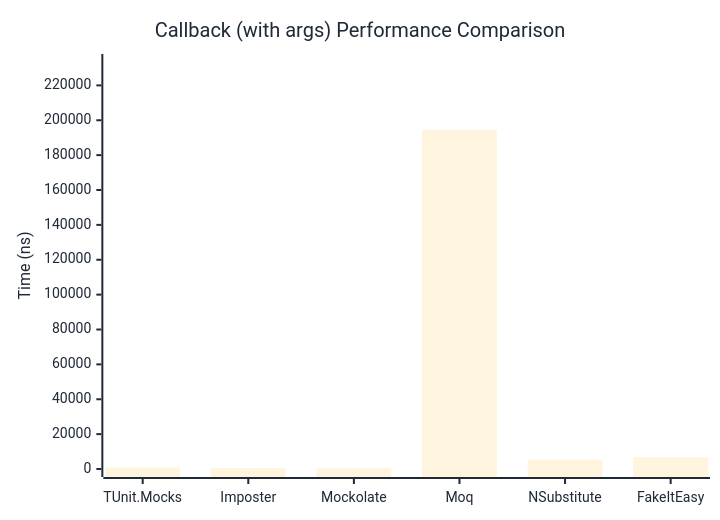
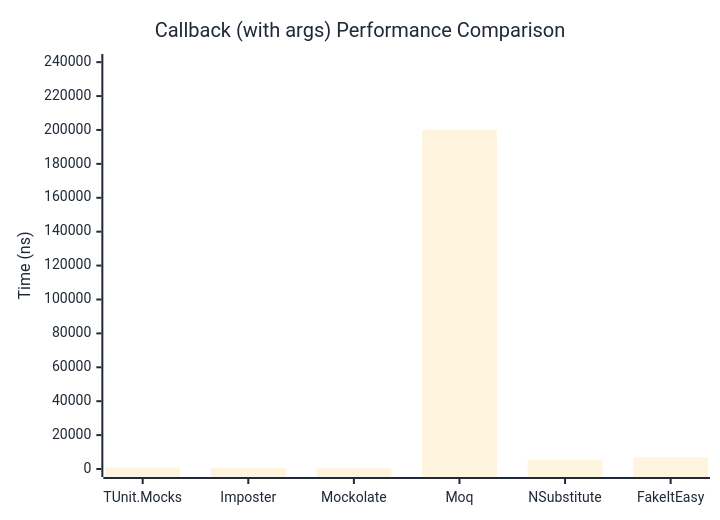
One commit to thomhurst/TUnit changed the second of 2 diagrams in docs/docs/benchmarks/mocks/Callback.md. Above: the diagram before and after it, drawn with Mermaid. The commit also changed other lines of this file and 14 other files, not shown here.

````diff
--- a/docs/docs/benchmarks/mocks/Callback.md
+++ b/docs/docs/benchmarks/mocks/Callback.md
@@ -71,27 +71,27 @@
 ```mermaid
 %%{init: {
   'theme':'base',
   'themeVariables': {
     'primaryColor': '#2563eb',
     'primaryTextColor': '#1f2937',
     'primaryBorderColor': '#1e40af',
     'lineColor': '#6b7280',
     'secondaryColor': '#7c3aed',
     'tertiaryColor': '#dc2626',
     'background': '#ffffff',
     'pie1': '#2563eb',
     'pie2': '#7c3aed',
     'pie3': '#dc2626',
     'pie4': '#f59e0b',
     'pie5': '#10b981',
     'pie6': '#06b6d4',
     'pie7': '#ec4899',
     'pie8': '#6366f1'
   }
 }}%%
 xychart-beta
   title "Callback (with args) Performance Comparison"
   x-axis ["TUnit.Mocks", "Imposter", "Mockolate", "Moq", "NSubstitute", "FakeItEasy"]
-  y-axis "Time (ns)" 0 --> 233409
-  bar [853.3, 587.2, 411.7, 194507.4, 5297.6, 6755.9]
+  y-axis "Time (ns)" 0 --> 240095
+  bar [894.9, 589, 448, 200078.8, 5499, 6891.6]
 ```
````
